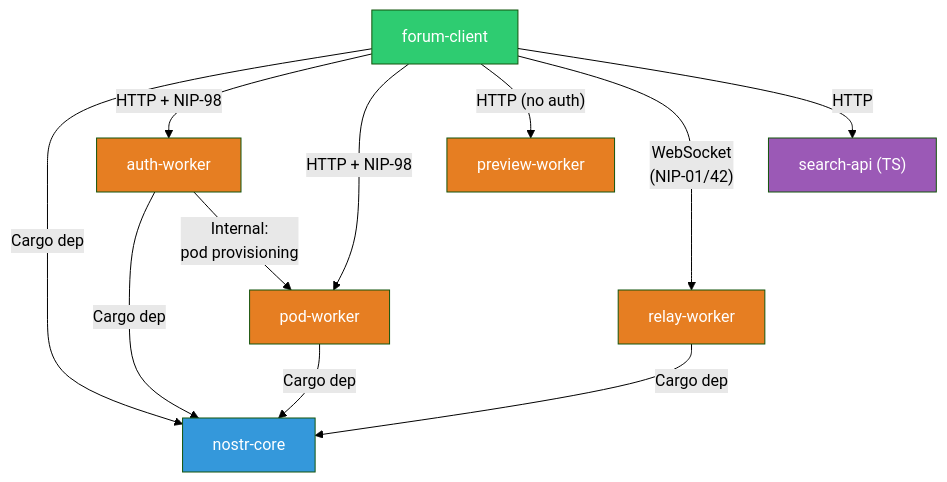
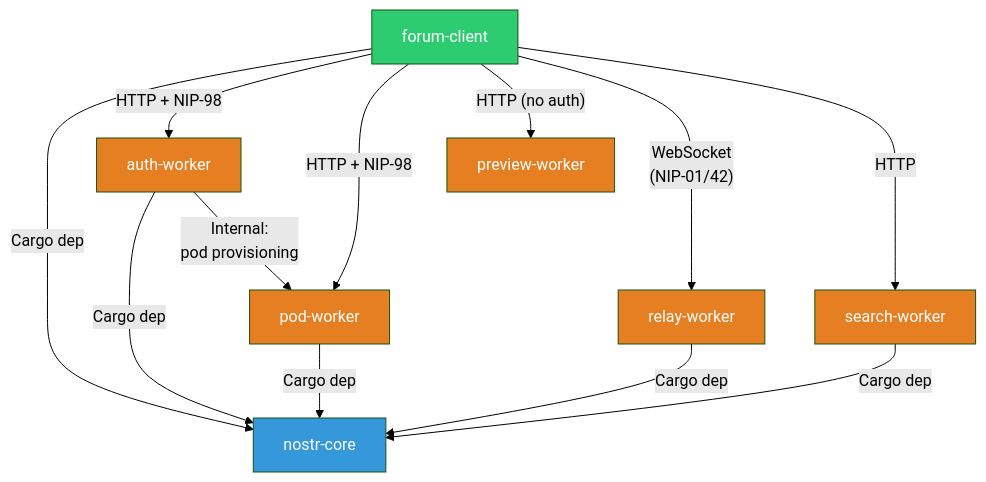
Before and after one commit to DreamLab-AI/dreamlab-ai-website: the third of 3 diagrams in docs/ddd/02-bounded-contexts.md, drawn with Mermaid (forest theme). The commit also changed other lines of this file and 32 other files, not shown here.

````diff
--- a/docs/ddd/02-bounded-contexts.md
+++ b/docs/ddd/02-bounded-contexts.md
@@ -212,22 +214,23 @@
 ```mermaid
 graph TD
     FC["forum-client"] -->|"Cargo dep"| NC["nostr-core"]
     AW["auth-worker"] -->|"Cargo dep"| NC
     PW["pod-worker"] -->|"Cargo dep"| NC
     RW["relay-worker"] -->|"Cargo dep"| NC
+    SW["search-worker"] -->|"Cargo dep"| NC
 
     FC -->|"HTTP + NIP-98"| AW
     FC -->|"HTTP + NIP-98"| PW
     FC -->|"HTTP (no auth)"| PV["preview-worker"]
     FC -->|"WebSocket<br/>(NIP-01/42)"| RW
-    FC -->|"HTTP"| SA["search-api (TS)"]
+    FC -->|"HTTP"| SW
     AW -->|"Internal:<br/>pod provisioning"| PW
 
     style NC fill:#3498db,color:#fff
     style FC fill:#2ecc71,color:#fff
     style AW fill:#e67e22,color:#fff
     style PW fill:#e67e22,color:#fff
     style PV fill:#e67e22,color:#fff
     style RW fill:#e67e22,color:#fff
-    style SA fill:#9b59b6,color:#fff
+    style SW fill:#e67e22,color:#fff
 ```
````
